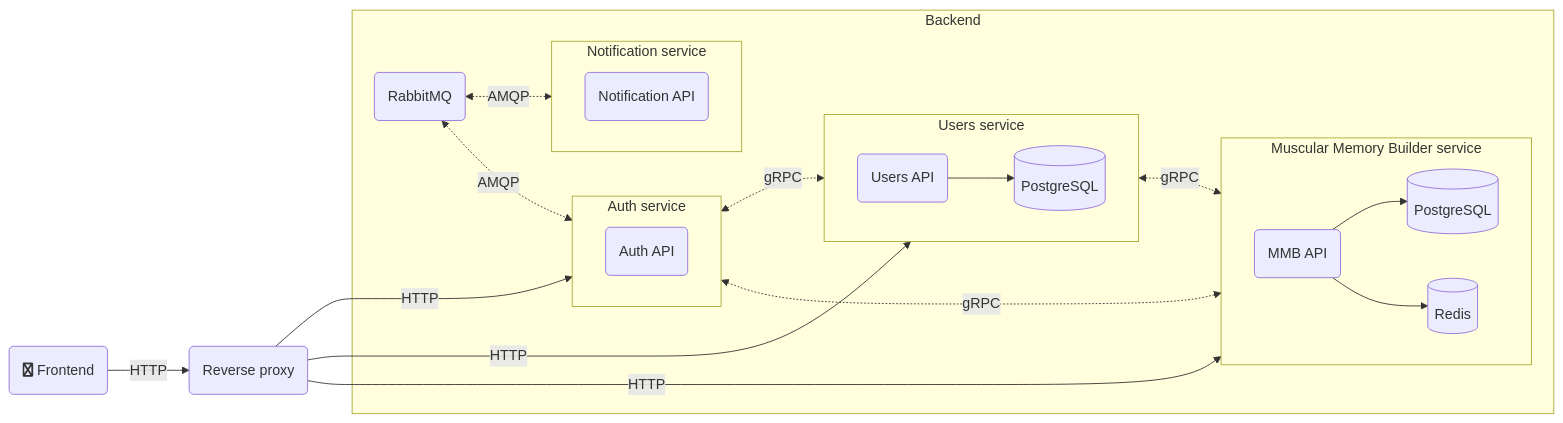
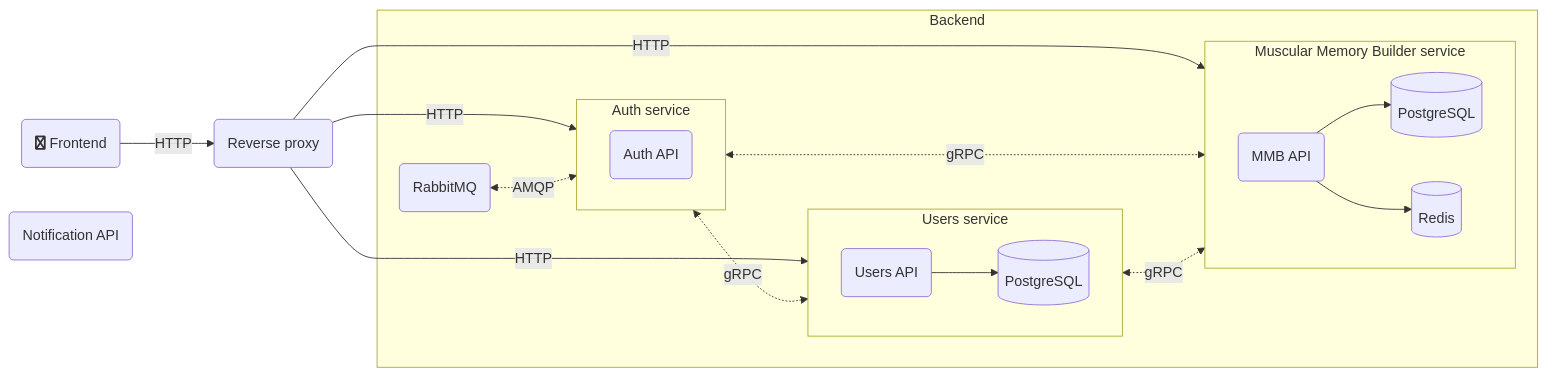
One commit to henshiapp/henshi changed the diagram in README.md. Above: the diagram before and after it, drawn with Mermaid.

````diff
--- a/README.md
+++ b/README.md
@@ -25,43 +25,39 @@
 ```mermaid
 flowchart LR
 %% Styles
     classDef app fill:#f7e081,stroke:#333,stroke-width:1px
 
 %% Entities
     FE(fa:fa-twitter Frontend)
     LB(Reverse proxy)
     A(Auth API)
     U(Users API)
     U-P[(PostgreSQL)]
     N(Notification API)
     MMB(MMB API)
     MMB-P[(PostgreSQL)]
     MMB-R[(Redis)]
     RMQ(RabbitMQ)
 
 %% Flow
     FE -->|HTTP| LB
     LB --->|HTTP| AS & US & MMBS
     AS <-.->|gRPC| US & MMBS
     US <-.->|gRPC| MMBS
     subgraph Backend
-        RMQ <-.->|AMQP| NS & AS
+        RMQ <-.->|AMQP| AS
         subgraph AS [Auth service]
             direction LR
             A
         end
         subgraph US [Users service]
             direction LR
             U --> U-P
         end
-        subgraph NS [Notification service]
-            direction LR
-            N
-        end
         subgraph MMBS [Muscular Memory Builder service]
             direction LR
             MMB --> MMB-P
             MMB --> MMB-R
         end
     end
 ```
````
